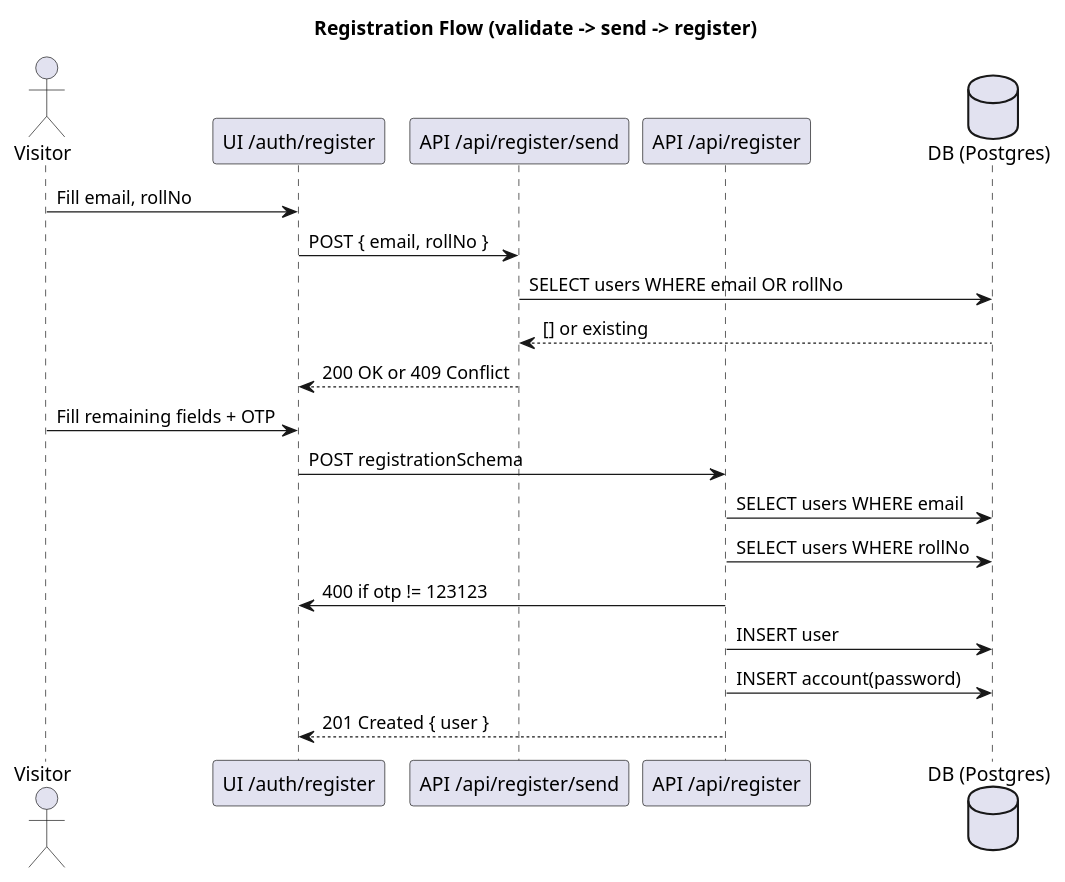
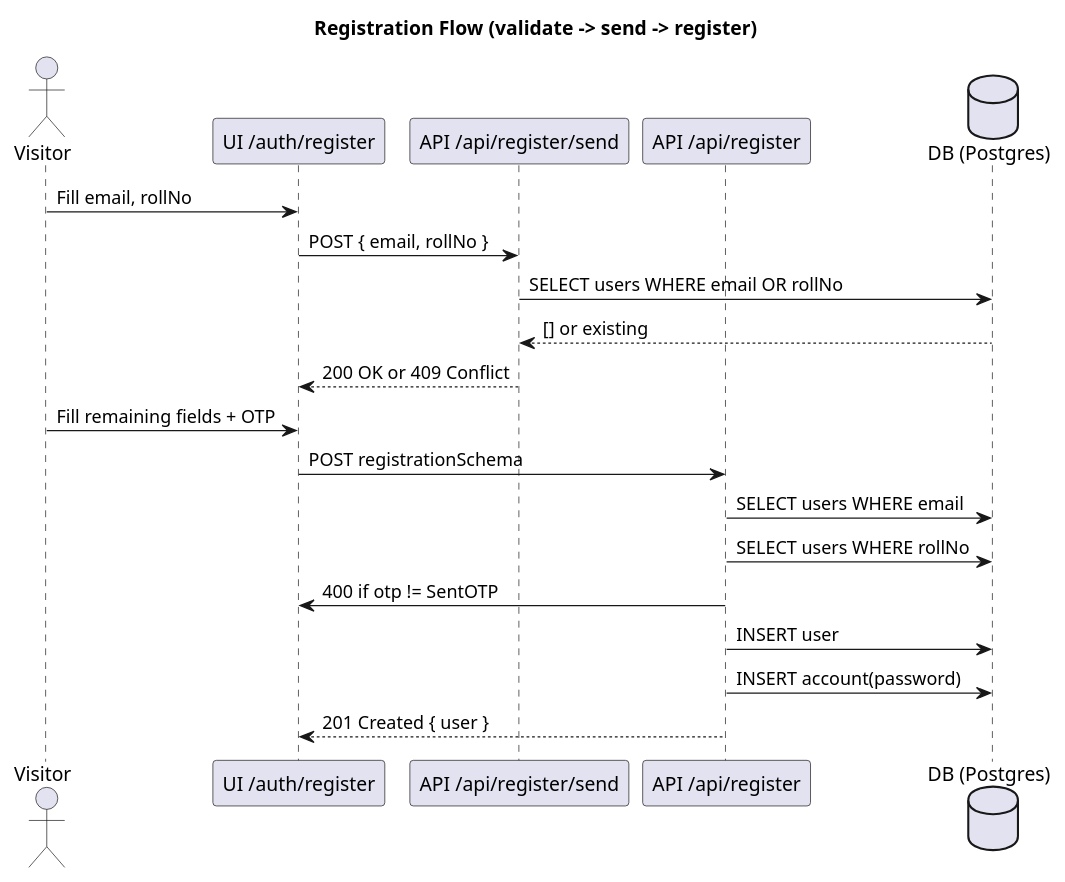
The diagram in docs/diagrams/sequence-registration.puml (Mohamed-faaris/BusMate), drawn with PlantUML before and after one commit. The commit also changed 3 other files, not shown here.

Commit message:
Update sequence diagrams: modify OTP validation in registration flow and add booking flow diagram

```diff
--- a/docs/diagrams/sequence-registration.puml
+++ b/docs/diagrams/sequence-registration.puml
@@ -1,24 +1,24 @@
 @startuml Registration-Sequence
 title Registration Flow (validate -> send -> register)
 
 actor Visitor
 participant "UI /auth/register" as UI
 participant "API /api/register/send" as APISend
 participant "API /api/register" as APIRegister
 database "DB (Postgres)" as DB
 
 Visitor -> UI: Fill email, rollNo
 UI -> APISend: POST { email, rollNo }
 APISend -> DB: SELECT users WHERE email OR rollNo
 DB --> APISend: [] or existing
 APISend --> UI: 200 OK or 409 Conflict
 Visitor -> UI: Fill remaining fields + OTP
 UI -> APIRegister: POST registrationSchema
 APIRegister -> DB: SELECT users WHERE email
 APIRegister -> DB: SELECT users WHERE rollNo
-APIRegister -> UI: 400 if otp != 123123
+APIRegister -> UI: 400 if otp != SentOTP
 APIRegister -> DB: INSERT user
 APIRegister -> DB: INSERT account(password)
 APIRegister --> UI: 201 Created { user }
 
 @enduml
```
